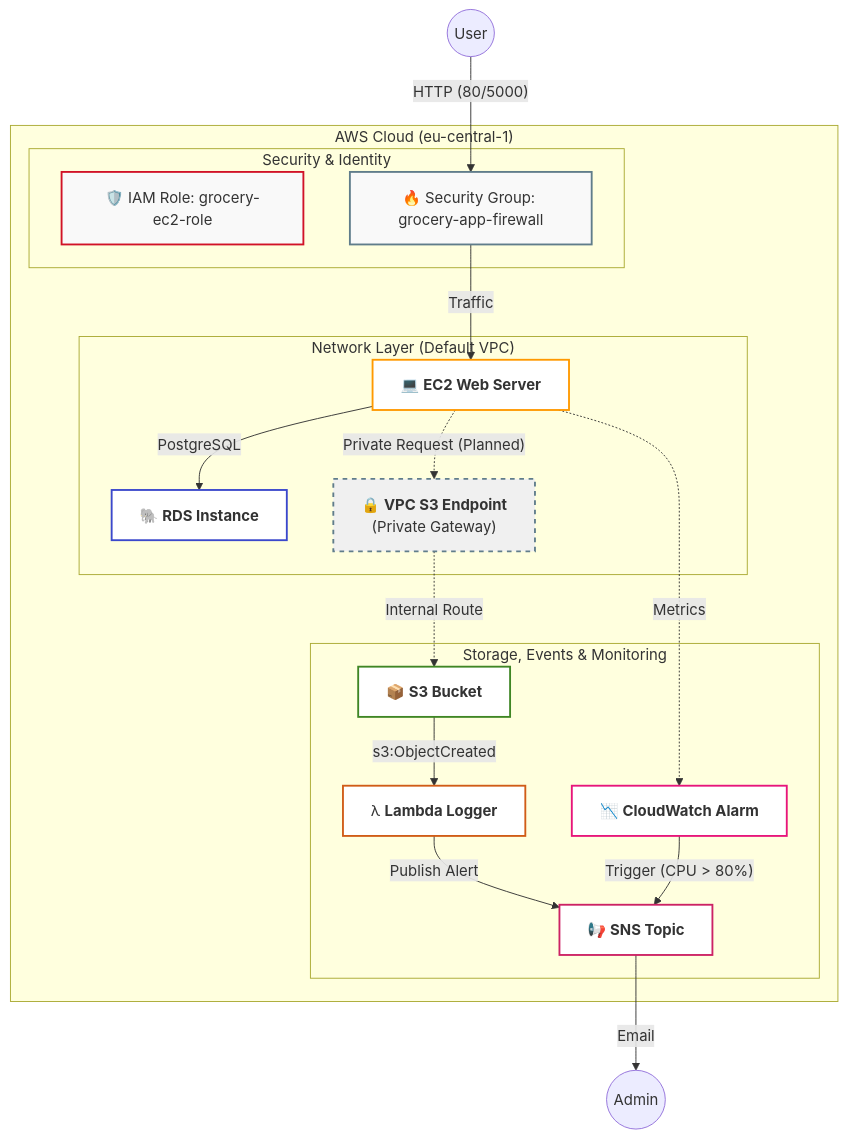
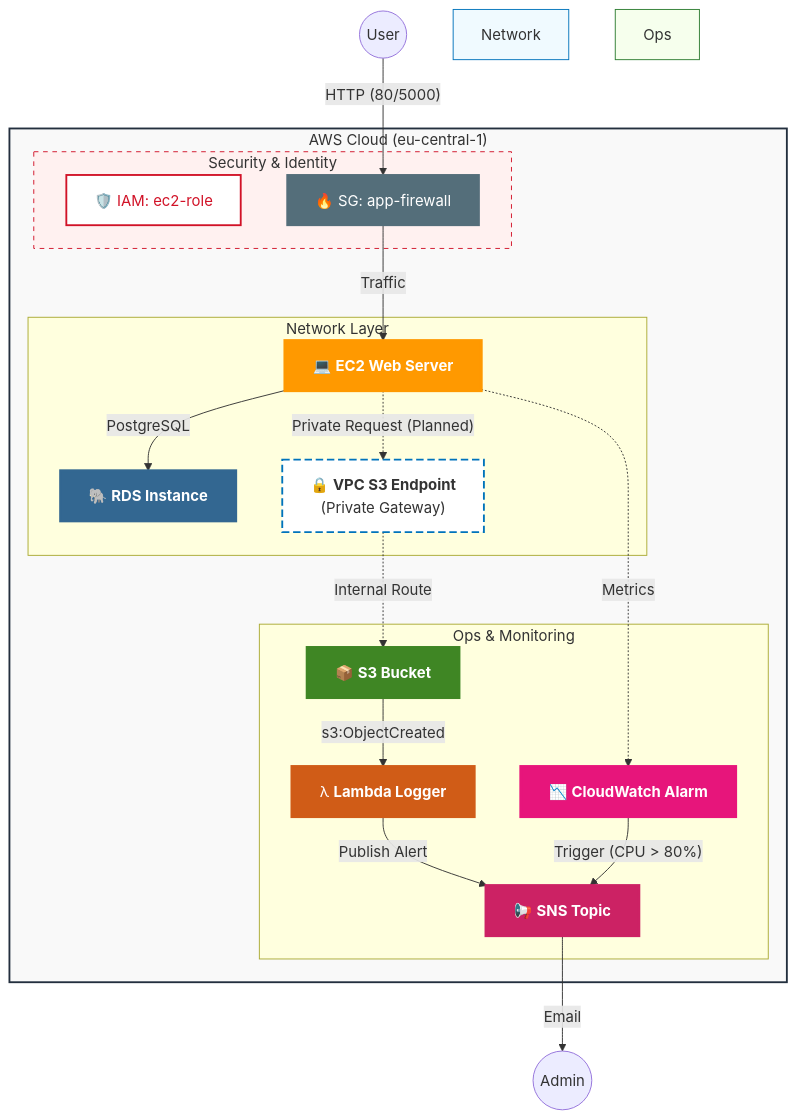
The diagram in README.md (Zorropy/AWS_grocery), drawn with Mermaid before and after one commit.

Commit message:
feat: complete aws grocery infrastructure with enhanced readme

````diff
--- a/README.md
+++ b/README.md
@@ -78,54 +78,62 @@
 ```mermaid
 graph TB
     subgraph AWS_Cloud ["AWS Cloud (eu-central-1)"]
         
         subgraph Security ["Security & Identity"]
-            IAM["🛡️ IAM Role: grocery-ec2-role"]
-            SG["🔥 Security Group: grocery-app-firewall"]
+            IAM["🛡️ IAM: ec2-role"]
+            SG["🔥 SG: app-firewall"]
         end
 
-        subgraph VPC ["Network Layer (Default VPC)"]
+        subgraph VPC ["Network Layer"]
             EC2["💻 <b>EC2 Web Server</b>"]
             RDS["🐘 <b>RDS Instance</b>"]
             VPCE["🔒 <b>VPC S3 Endpoint</b><br/>(Private Gateway)"]
         end
 
-        subgraph Serverless_Monitoring ["Storage, Events & Monitoring"]
+        subgraph Serverless_Monitoring ["Ops & Monitoring"]
             S3["📦 <b>S3 Bucket</b>"]
             Lambda["λ <b>Lambda Logger</b>"]
             CW["📉 <b>CloudWatch Alarm</b>"]
             SNS["📢 <b>SNS Topic</b>"]
         end
     end
 
     %% Application Flows
     User((User)) -- "HTTP (80/5000)" --> SG
     SG -- "Traffic" --> EC2
     EC2 -- "PostgreSQL" --> RDS
     
     %% Event Driven Pipeline
     S3 -- "s3:ObjectCreated" --> Lambda
     Lambda -- "Publish Alert" --> SNS
 
     %% CloudWatch Monitoring Flow
     EC2 -. "Metrics" .-> CW
     CW -- "Trigger (CPU > 80%)" --> SNS
 
     %% Notification Outbound
     SNS -- "Email" --> Admin((Admin))
 
-    %% Styling
-    style IAM fill:#f9f9f9,stroke:#D11227,stroke-width:2px
-    style SG fill:#f9f9f9,stroke:#607d8b,stroke-width:2px
-    style VPCE fill:#f0f0f0,stroke:#607d8b,stroke-width:2px,stroke-dasharray: 5
-    style EC2 fill:#fff,stroke:#FF9900,stroke-width:2px
-    style RDS fill:#fff,stroke:#3B48CC,stroke-width:2px
-    style S3 fill:#fff,stroke:#3F8624,stroke-width:2px
-    style Lambda fill:#fff,stroke:#D05C17,stroke-width:2px
-    style CW fill:#fff,stroke:#E7157B,stroke-width:2px
-    style SNS fill:#fff,stroke:#CC2264,stroke-width:2px
+%% --- The "Pimp my Diagram" Styling ---
+    style AWS_Cloud fill:#f9f9f9,stroke:#232F3E,stroke-width:2px
+    style Security fill:#fff1f0,stroke:#D11227,stroke-dasharray: 5
+    style Network fill:#f0faff,stroke:#0073BB
+    style Ops fill:#f6ffed,stroke:#2E7D32
+
+    %% Solid Colors with White Text for High Contrast (Fake Depth)
+    style EC2 fill:#FF9900,stroke:#FF9900,color:#fff,stroke-width:3px
+    style RDS fill:#336791,stroke:#336791,color:#fff,stroke-width:3px
+    style S3 fill:#3F8624,stroke:#3F8624,color:#fff,stroke-width:3px
+    style Lambda fill:#D05C17,stroke:#D05C17,color:#fff,stroke-width:3px
+    style SNS fill:#CC2264,stroke:#CC2264,color:#fff,stroke-width:3px
+    style CW fill:#E7157B,stroke:#E7157B,color:#fff,stroke-width:3px
+    
+    %% Special Styling for IAM & SG
+    style IAM fill:#fff,stroke:#D11227,color:#D11227,stroke-width:2px
+    style SG fill:#546E7A,stroke:#546E7A,color:#fff,stroke-width:2px
+    style VPCE fill:#fff,stroke:#0073BB,stroke-width:2px,stroke-dasharray: 8 4
     
  
     EC2 -. "Private Request (Planned)" .-> VPCE
     VPCE -. "Internal Route" .-> S3
 ```    
````
